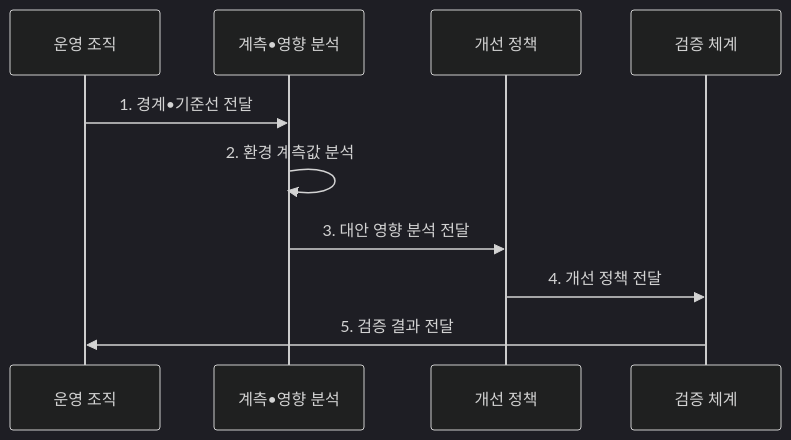
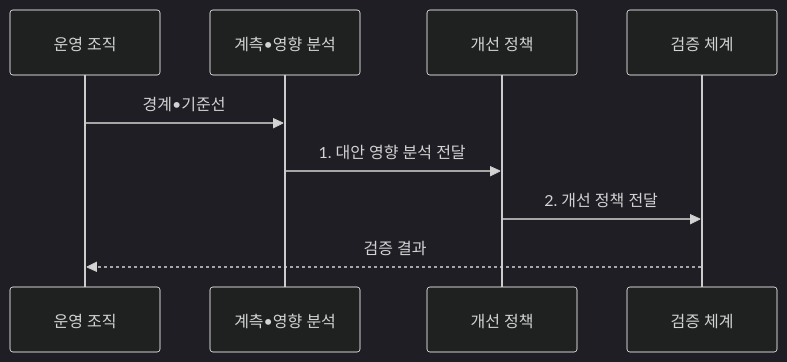
The second of 2 diagrams in src/content/docs/notes/08-latest-tech/197_green_data_center.md (agnusdei1207/knowledge-base), drawn with Mermaid (dark theme) before and after one commit. The commit also changed other lines of this file and 20 other files, not shown here.

````diff
--- a/src/content/docs/notes/08-latest-tech/197_green_data_center.md
+++ b/src/content/docs/notes/08-latest-tech/197_green_data_center.md
@@ -105,12 +107,11 @@
 ```mermaid
 sequenceDiagram
   participant O as 운영 조직
     participant M as 계측•영향 분석
   participant P as 개선 정책
   participant V as 검증 체계
-  O->>M: 1. 경계•기준선 전달
-    M->>M: 2. 환경 계측값 분석
-    M->>P: 3. 대안 영향 분석 전달
-  P->>V: 4. 개선 정책 전달
-  V->>O: 5. 검증 결과 전달
+  O->>M: 경계•기준선
+  M->>P: 1. 대안 영향 분석 전달
+  P->>V: 2. 개선 정책 전달
+  V-->>O: 검증 결과
 ```
````
